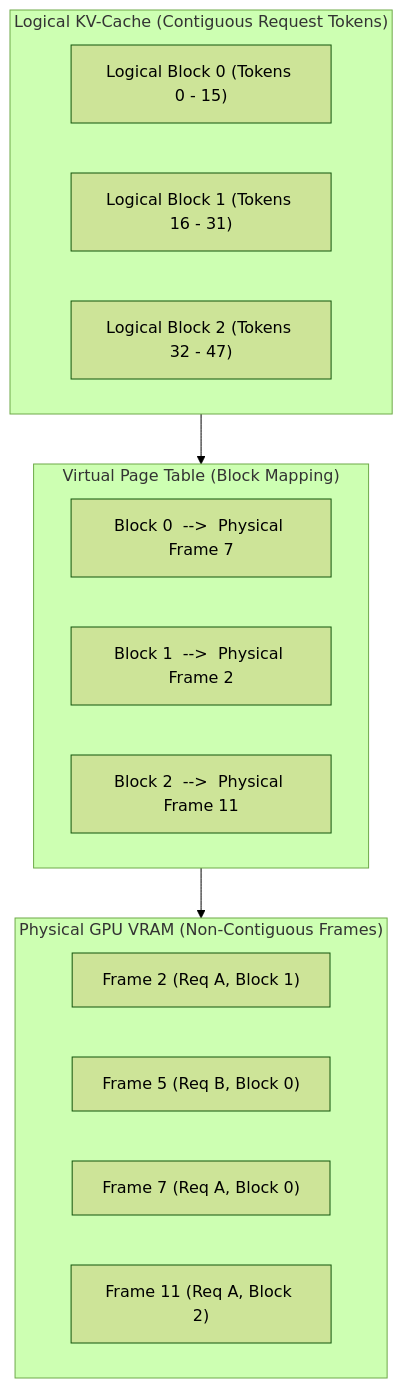
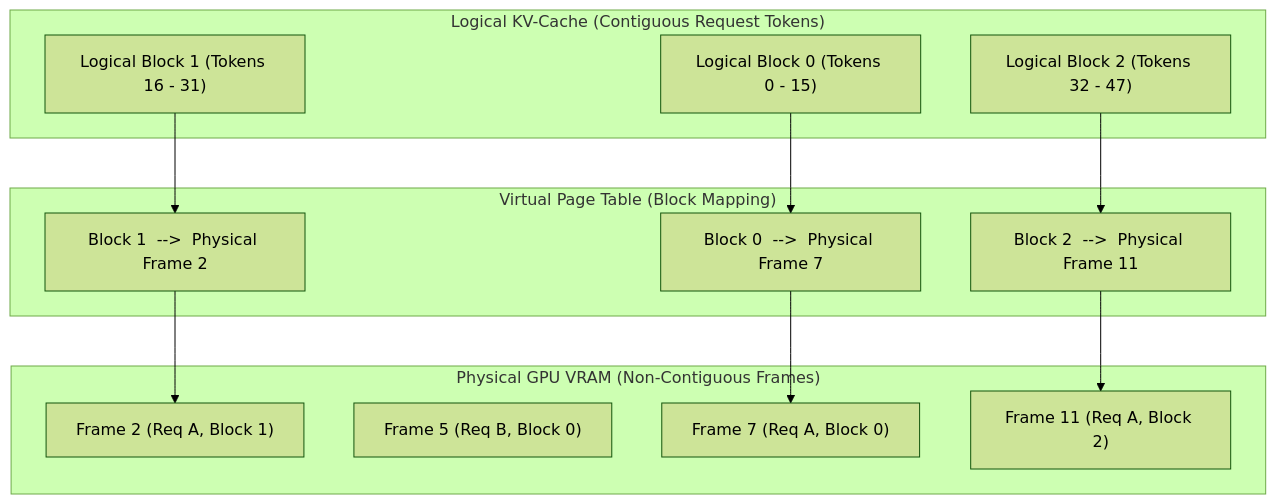
Before and after one commit to dip4k/senior-engineer-to-ai-engineer-roadmap: the third of 3 diagrams in 00-foundations-and-token-mechanics/03-kv-cache-vram-and-bandwidth-physics.md, drawn with Mermaid (forest theme). The commit also changed other lines of this file and 20 other files, not shown here.

````diff
--- a/00-foundations-and-token-mechanics/03-kv-cache-vram-and-bandwidth-physics.md
+++ b/00-foundations-and-token-mechanics/03-kv-cache-vram-and-bandwidth-physics.md
@@ -224,23 +232,29 @@
 ```mermaid
 flowchart TD
     subgraph Logical["Logical KV-Cache (Contiguous Request Tokens)"]
         L0["Logical Block 0 (Tokens 0 - 15)"]
         L1["Logical Block 1 (Tokens 16 - 31)"]
         L2["Logical Block 2 (Tokens 32 - 47)"]
     end
 
     subgraph PageTable["Virtual Page Table (Block Mapping)"]
         T0["Block 0  -->  Physical Frame 7"]
         T1["Block 1  -->  Physical Frame 2"]
         T2["Block 2  -->  Physical Frame 11"]
     end
 
     subgraph Physical["Physical GPU VRAM (Non-Contiguous Frames)"]
         P2["Frame 2 (Req A, Block 1)"]
         P5["Frame 5 (Req B, Block 0)"]
         P7["Frame 7 (Req A, Block 0)"]
         P11["Frame 11 (Req A, Block 2)"]
     end
 
-    Logical --> PageTable --> Physical
+    L0 --> T0
+    L1 --> T1
+    L2 --> T2
+
+    T0 --> P7
+    T1 --> P2
+    T2 --> P11
 ```
````
